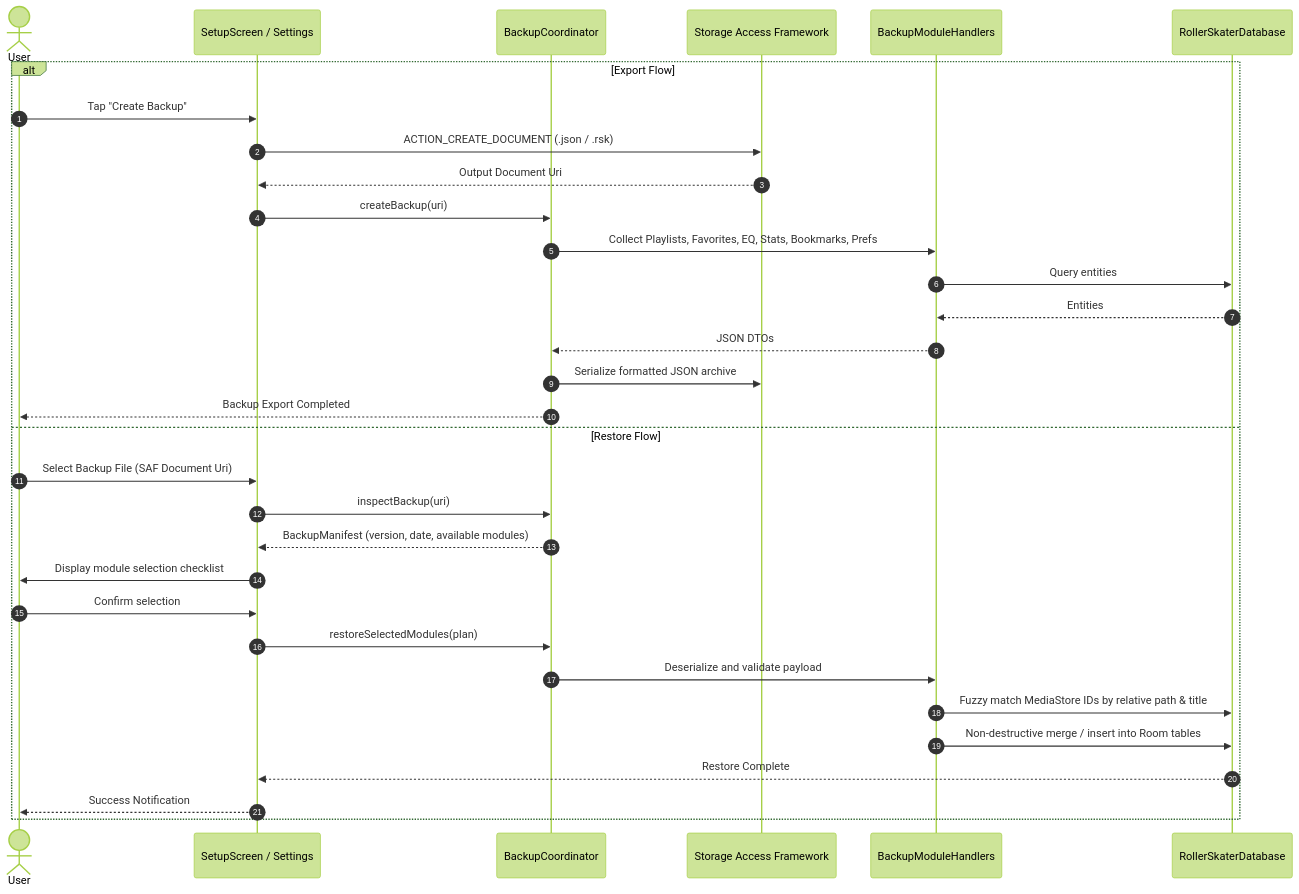
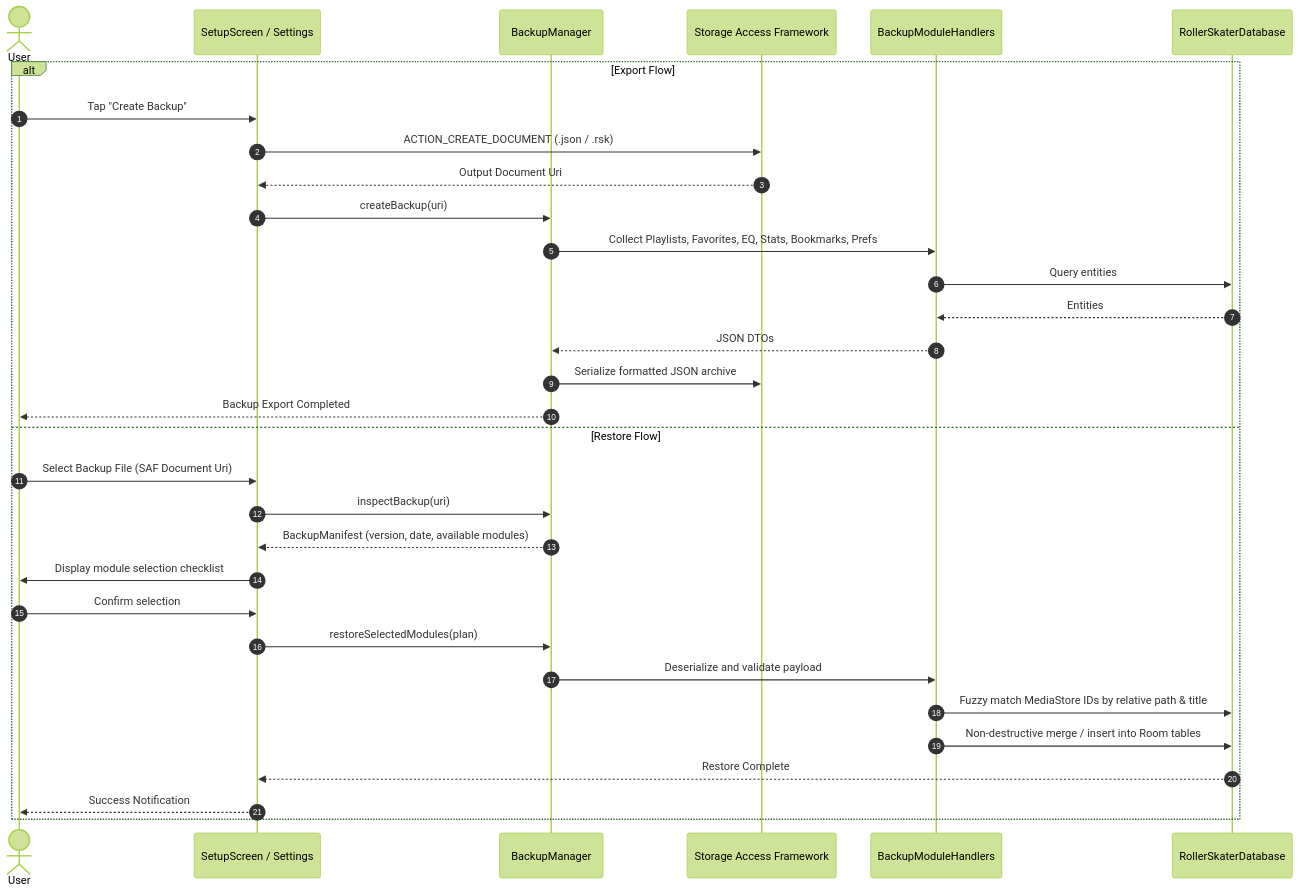
The sixth of 6 diagrams in docs/ARCHITECTURE.md (dhyandevp/RollerSkater), drawn with Mermaid (forest theme) before and after one commit. The commit also changed other lines of this file and 41 other files, not shown here.

````diff
--- a/docs/ARCHITECTURE.md
+++ b/docs/ARCHITECTURE.md
@@ -201,35 +201,35 @@
 ```mermaid
 sequenceDiagram
     autonumber
     actor User
     participant Setup as SetupScreen / Settings
-    participant Coord as BackupCoordinator
+    participant Coord as BackupManager
     participant SAF as Storage Access Framework
     participant Modules as BackupModuleHandlers
     participant Room as RollerSkaterDatabase
 
     alt Export Flow
         User->>Setup: Tap "Create Backup"
         Setup->>SAF: ACTION_CREATE_DOCUMENT (.json / .rsk)
         SAF-->>Setup: Output Document Uri
         Setup->>Coord: createBackup(uri)
         Coord->>Modules: Collect Playlists, Favorites, EQ, Stats, Bookmarks, Prefs
         Modules->>Room: Query entities
         Room-->>Modules: Entities
         Modules-->>Coord: JSON DTOs
         Coord->>SAF: Serialize formatted JSON archive
         Coord-->>User: Backup Export Completed
     else Restore Flow
         User->>Setup: Select Backup File (SAF Document Uri)
         Setup->>Coord: inspectBackup(uri)
         Coord-->>Setup: BackupManifest (version, date, available modules)
         Setup->>User: Display module selection checklist
         User->>Setup: Confirm selection
         Setup->>Coord: restoreSelectedModules(plan)
         Coord->>Modules: Deserialize and validate payload
         Modules->>Room: Fuzzy match MediaStore IDs by relative path & title
         Modules->>Room: Non-destructive merge / insert into Room tables
         Room-->>Setup: Restore Complete
         Setup-->>User: Success Notification
     end
 ```
````
